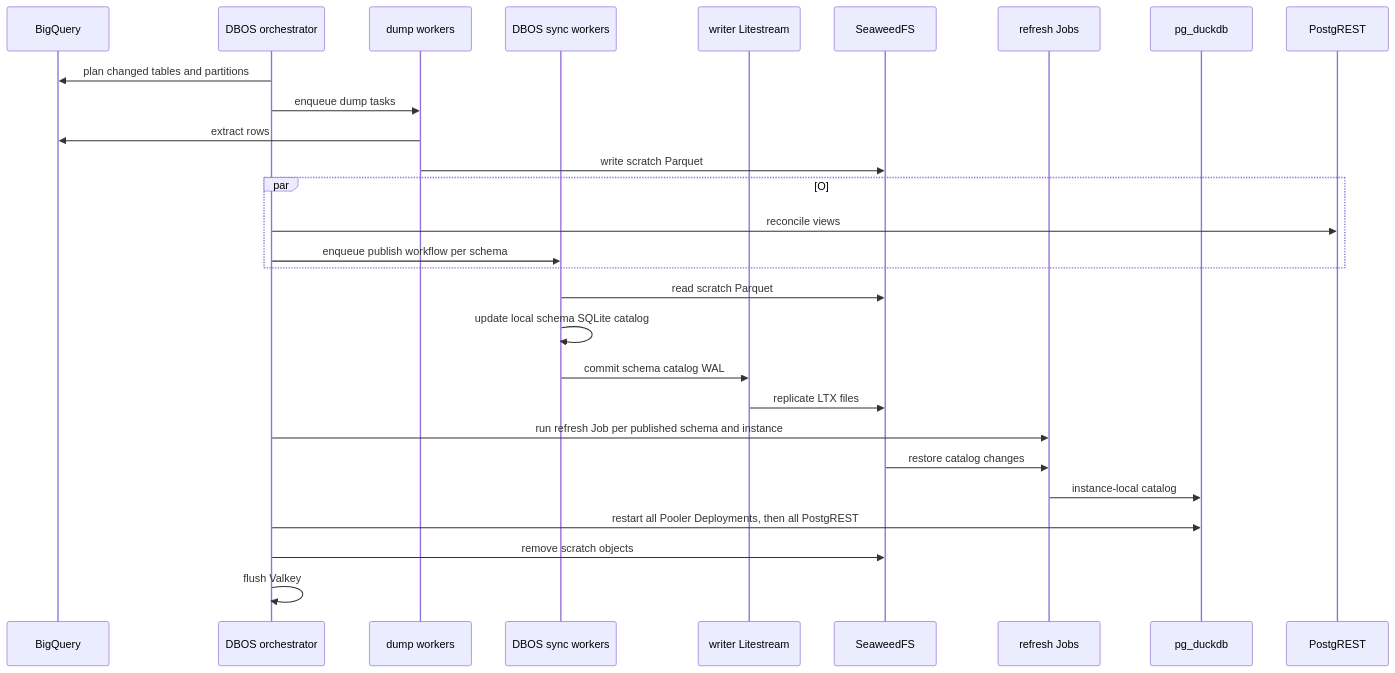
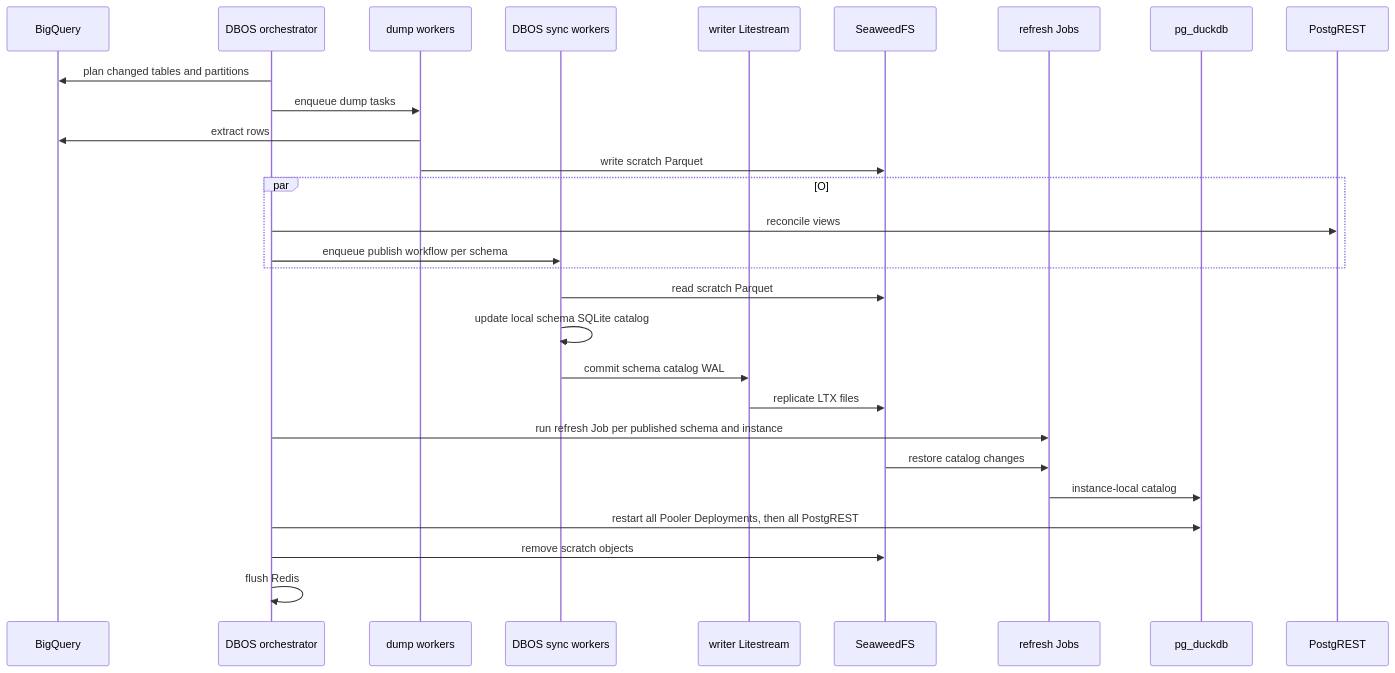
The first of 2 diagrams in docs/architecture.md (prefeitura-rio/data-proxy), drawn with Mermaid before and after one commit. The commit also changed other lines of this file and 9 other files, not shown here.

````diff
--- a/docs/architecture.md
+++ b/docs/architecture.md
@@ -74,31 +74,31 @@
 ```mermaid
 sequenceDiagram
     participant BQ as BigQuery
     participant O as DBOS orchestrator
     participant D as dump workers
     participant P as DBOS sync workers
     participant L as writer Litestream
     participant S3 as SeaweedFS
     participant R as refresh Jobs
     participant PG as pg_duckdb
     participant API as PostgREST
 
     O->>BQ: plan changed tables and partitions
     O->>D: enqueue dump tasks
     D->>BQ: extract rows
     D->>S3: write scratch Parquet
     par O
         O->>API: reconcile views
         O->>P: enqueue publish workflow per schema
     end
     P->>S3: read scratch Parquet
     P->>P: update local schema SQLite catalog
     P->>L: commit schema catalog WAL
     L->>S3: replicate LTX files
     O->>R: run refresh Job per published schema and instance
     S3->>R: restore catalog changes
     R->>PG: instance-local catalog
     O->>PG: restart all Pooler Deployments, then all PostgREST
     O->>S3: remove scratch objects
-    O->>O: flush Valkey
+    O->>O: flush Redis
 ```
````
